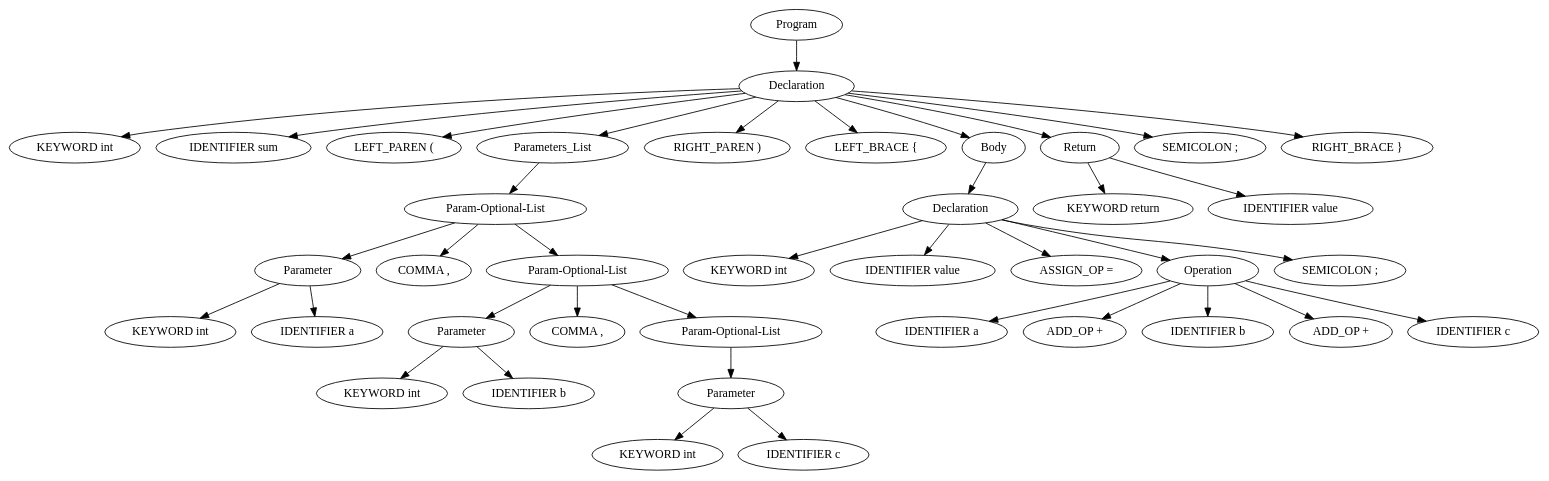
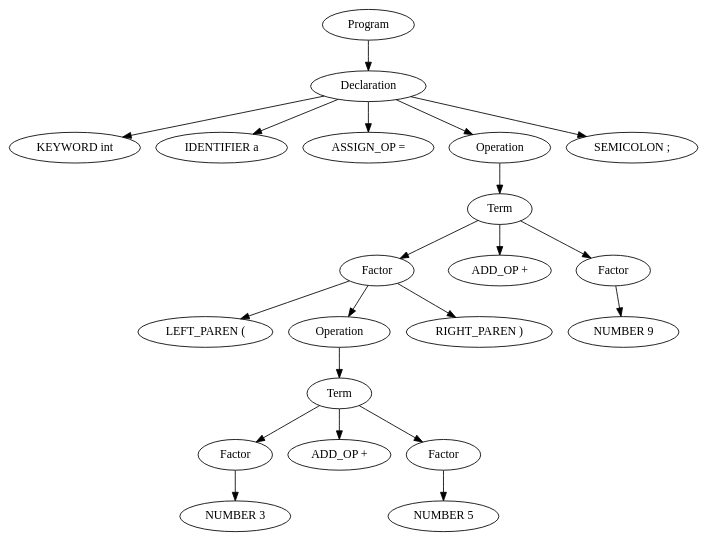
One commit to Yehia404/C-Lexical-Syntax-Analyzer changed the diagram in src/main/java/com/example/compiler/parse_tree.dot. Above: the diagram before and after it, drawn with Graphviz. The commit also changed 3 other files, not shown here.

```diff
--- a/src/main/java/com/example/compiler/parse_tree.dot
+++ b/src/main/java/com/example/compiler/parse_tree.dot
@@ -1,79 +1,43 @@
 digraph ParseTree {
   1274370218 [label="Program "];
   758705033 [label="Declaration "];
   1604839423 [label="KEYWORD int"];
   758705033 -> 1604839423;
-  1177096266 [label="IDENTIFIER sum"];
+  1177096266 [label="IDENTIFIER a"];
   758705033 -> 1177096266;
-  670576685 [label="LEFT_PAREN ("];
+  670576685 [label="ASSIGN_OP ="];
   758705033 -> 670576685;
-  1299641336 [label="Parameters_List "];
-  764308918 [label="Param-Optional-List "];
-  598446861 [label="Parameter "];
-  1161082381 [label="KEYWORD int"];
+  1299641336 [label="Operation "];
+  764308918 [label="Term "];
+  598446861 [label="Factor "];
+  1161082381 [label="LEFT_PAREN ("];
   598446861 -> 1161082381;
-  1067938912 [label="IDENTIFIER a"];
+  1067938912 [label="Operation "];
+  1637506559 [label="Term "];
+  517380410 [label="Factor "];
+  2117255219 [label="NUMBER 3"];
+  517380410 -> 2117255219;
+  1637506559 -> 517380410;
+  2058534881 [label="ADD_OP +"];
+  1637506559 -> 2058534881;
+  1232367853 [label="Factor "];
+  1673605040 [label="NUMBER 5"];
+  1232367853 -> 1673605040;
+  1637506559 -> 1232367853;
+  1067938912 -> 1637506559;
   598446861 -> 1067938912;
+  186276003 [label="RIGHT_PAREN )"];
+  598446861 -> 186276003;
   764308918 -> 598446861;
-  1637506559 [label="COMMA ,"];
-  764308918 -> 1637506559;
-  517380410 [label="Param-Optional-List "];
-  2117255219 [label="Parameter "];
-  2058534881 [label="KEYWORD int"];
-  2117255219 -> 2058534881;
-  1232367853 [label="IDENTIFIER b"];
-  2117255219 -> 1232367853;
-  517380410 -> 2117255219;
-  1673605040 [label="COMMA ,"];
-  517380410 -> 1673605040;
-  186276003 [label="Param-Optional-List "];
-  1681433494 [label="Parameter "];
-  237061348 [label="KEYWORD int"];
-  1681433494 -> 237061348;
-  1685538367 [label="IDENTIFIER c"];
-  1681433494 -> 1685538367;
-  186276003 -> 1681433494;
-  517380410 -> 186276003;
-  764308918 -> 517380410;
+  1681433494 [label="ADD_OP +"];
+  764308918 -> 1681433494;
+  237061348 [label="Factor "];
+  1685538367 [label="NUMBER 9"];
+  237061348 -> 1685538367;
+  764308918 -> 237061348;
   1299641336 -> 764308918;
   758705033 -> 1299641336;
-  1030870354 [label="RIGHT_PAREN )"];
+  1030870354 [label="SEMICOLON ;"];
   758705033 -> 1030870354;
-  485815673 [label="LEFT_BRACE {"];
-  758705033 -> 485815673;
-  410424423 [label="Body "];
-  1190035432 [label="Declaration "];
-  1963387170 [label="KEYWORD int"];
-  1190035432 -> 1963387170;
-  1323468230 [label="IDENTIFIER value"];
-  1190035432 -> 1323468230;
-  1645995473 [label="ASSIGN_OP ="];
-  1190035432 -> 1645995473;
-  1463801669 [label="Operation "];
-  355629945 [label="IDENTIFIER a"];
-  1463801669 -> 355629945;
-  1327763628 [label="ADD_OP +"];
-  1463801669 -> 1327763628;
-  1915503092 [label="IDENTIFIER b"];
-  1463801669 -> 1915503092;
-  1535128843 [label="ADD_OP +"];
-  1463801669 -> 1535128843;
-  1567581361 [label="IDENTIFIER c"];
-  1463801669 -> 1567581361;
-  1190035432 -> 1463801669;
-  849460928 [label="SEMICOLON ;"];
-  1190035432 -> 849460928;
-  410424423 -> 1190035432;
-  758705033 -> 410424423;
-  580024961 [label="Return "];
-  2027961269 [label="KEYWORD return"];
-  580024961 -> 2027961269;
-  1586270964 [label="IDENTIFIER value"];
-  580024961 -> 1586270964;
-  758705033 -> 580024961;
-  1642360923 [label="SEMICOLON ;"];
-  758705033 -> 1642360923;
-  1343441044 [label="RIGHT_BRACE }"];
-  758705033 -> 1343441044;
   1274370218 -> 758705033;
 }
```
